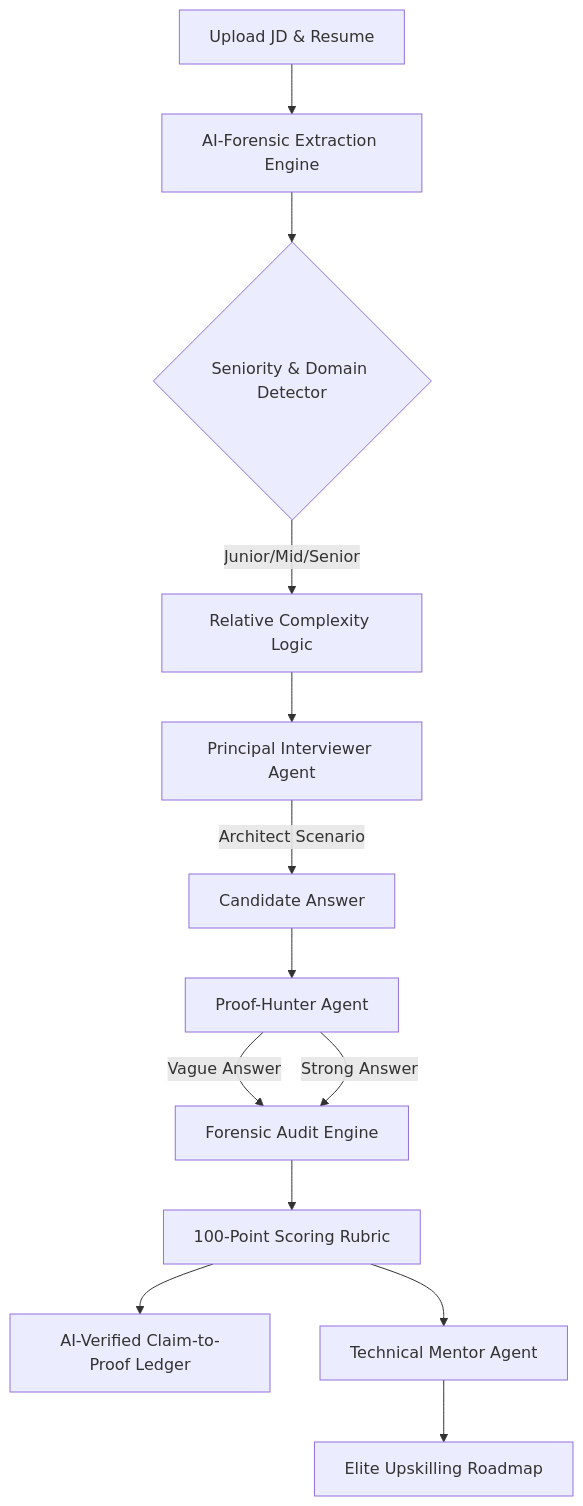
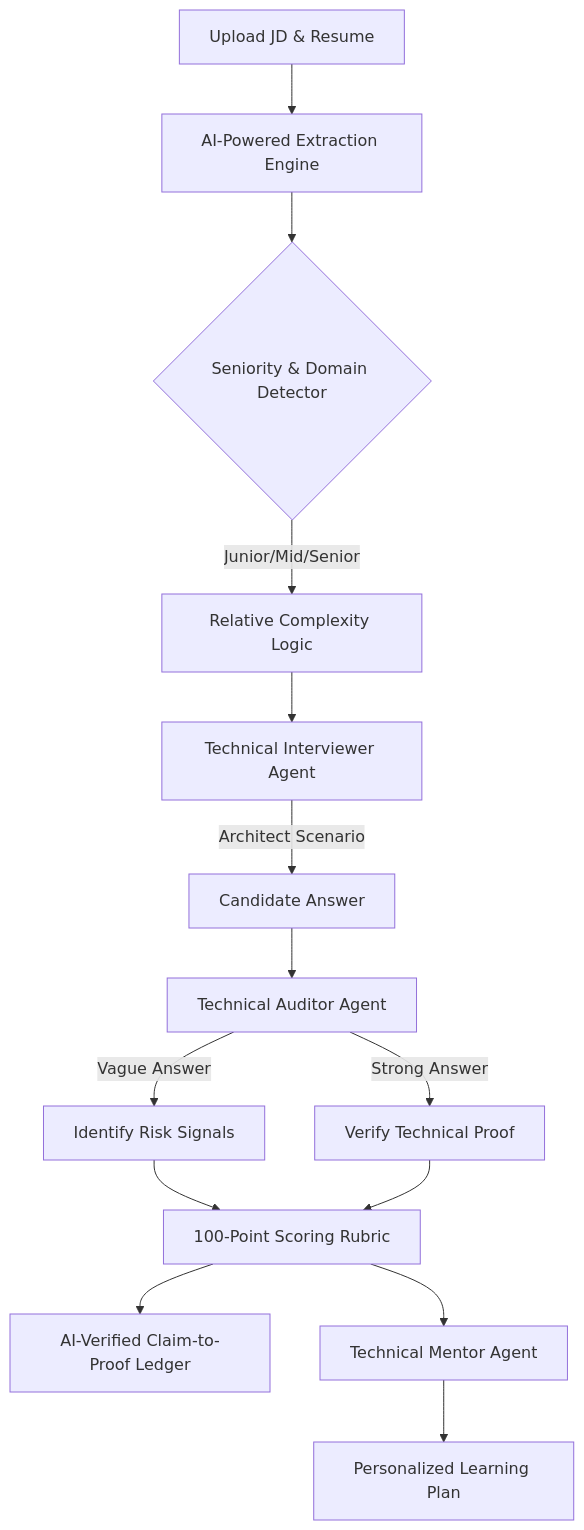
Before and after one commit to Sehaj64/catalyst-talent-agent: the diagram in README.md, drawn with Mermaid. The commit also changed other lines of this file, not shown here.

````diff
--- a/README.md
+++ b/README.md
@@ -17,15 +17,16 @@
 ```mermaid
 graph TD;
-    A[Upload JD & Resume] --> B[AI-Forensic Extraction Engine]
+    A[Upload JD & Resume] --> B[AI-Powered Extraction Engine]
     B --> C{Seniority & Domain Detector}
     C -->|Junior/Mid/Senior| D[Relative Complexity Logic]
-    D --> E[Principal Interviewer Agent]
+    D --> E[Technical Interviewer Agent]
     E -->|Architect Scenario| F[Candidate Answer]
-    F --> G[Proof-Hunter Agent]
-    G -->|Vague Answer| H[Forensic Audit Engine]
-    G -->|Strong Answer| H
-    H --> I[100-Point Scoring Rubric]
-    I --> J[AI-Verified Claim-to-Proof Ledger]
-    I --> K[Technical Mentor Agent]
-    K --> L[Elite Upskilling Roadmap]
+    F --> G[Technical Auditor Agent]
+    G -->|Vague Answer| H[Identify Risk Signals]
+    G -->|Strong Answer| I[Verify Technical Proof]
+    H --> J[100-Point Scoring Rubric]
+    I --> J
+    J --> K[AI-Verified Claim-to-Proof Ledger]
+    J --> L[Technical Mentor Agent]
+    L --> M[Personalized Learning Plan]
 ```
````
